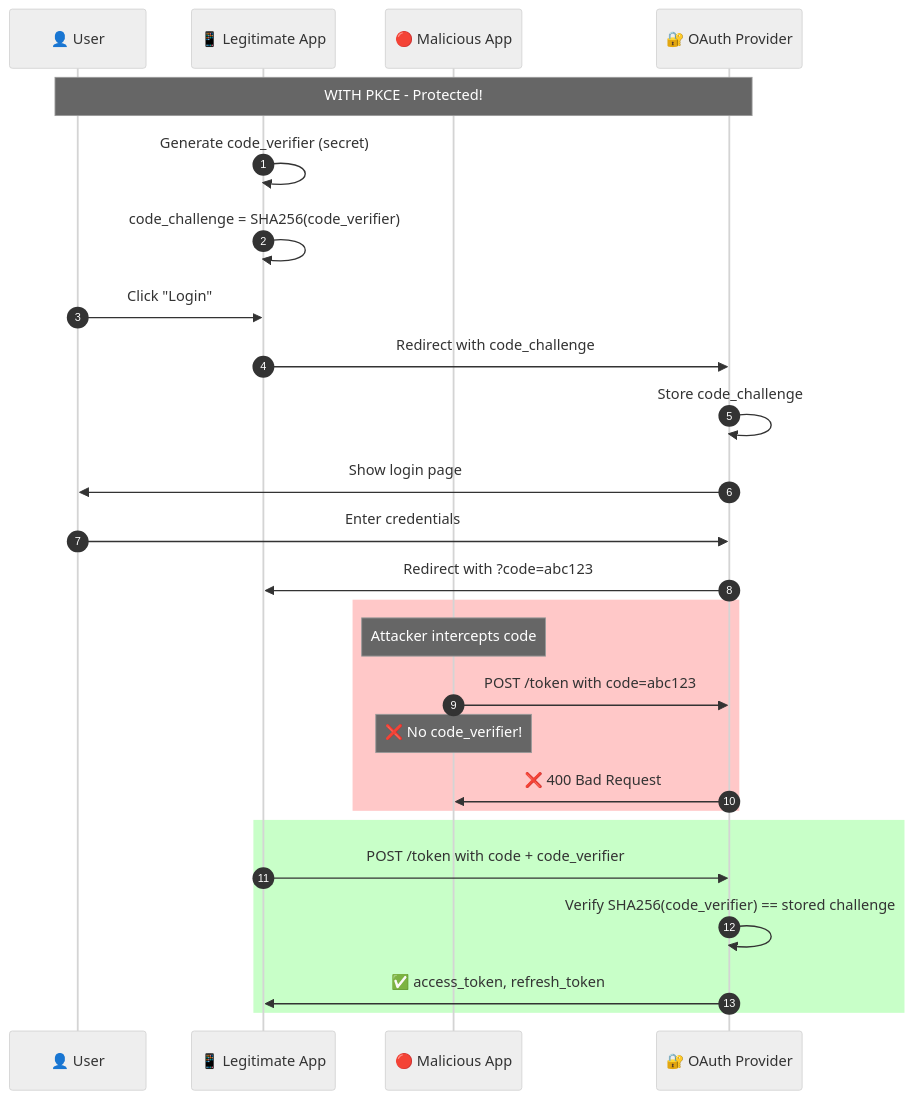
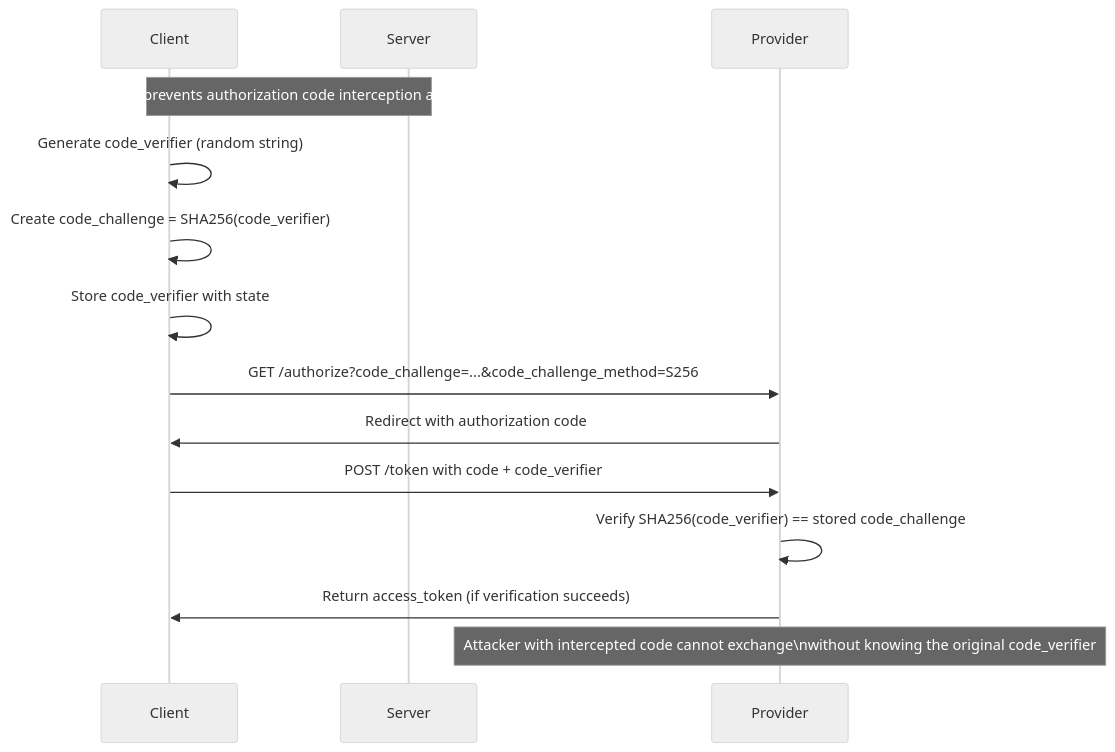
Before and after one commit to ArunN07/oidc_oauth2_implementation: the seventh of 17 diagrams in README.md, drawn with Mermaid (neutral theme). The commit also changed other lines of this file and 43 other files, not shown here.

````diff
--- a/README.md
+++ b/README.md
@@ -188,33 +867,21 @@
 ```mermaid
 sequenceDiagram
-    autonumber
-    participant User as 👤 User
-    participant App as 📱 Legitimate App
-    participant Attacker as 🔴 Malicious App
-    participant Provider as 🔐 OAuth Provider
+    participant C as Client
+    participant S as Server
+    participant P as Provider
 
-    Note over User,Provider: WITH PKCE - Protected!
-    
-    App->>App: Generate code_verifier (secret)
-    App->>App: code_challenge = SHA256(code_verifier)
-    
-    User->>App: Click "Login"
-    App->>Provider: Redirect with code_challenge
-    Provider->>Provider: Store code_challenge
-    Provider->>User: Show login page
-    User->>Provider: Enter credentials
-    Provider->>App: Redirect with ?code=abc123
-    
-    rect rgb(255, 200, 200)
-        Note over Attacker: Attacker intercepts code
-        Attacker->>Provider: POST /token with code=abc123
-        Note over Attacker: ❌ No code_verifier!
-        Provider->>Attacker: ❌ 400 Bad Request
-    end
-    
-    rect rgb(200, 255, 200)
-        App->>Provider: POST /token with code + code_verifier
-        Provider->>Provider: Verify SHA256(code_verifier) == stored challenge
-        Provider->>App: ✅ access_token, refresh_token
-    end
+    Note over C,S: PKCE prevents authorization code interception attacks
+
+    C->>C: Generate code_verifier (random string)
+    C->>C: Create code_challenge = SHA256(code_verifier)
+    C->>C: Store code_verifier with state
+
+    C->>P: GET /authorize?code_challenge=...&code_challenge_method=S256
+    P->>C: Redirect with authorization code
+
+    C->>P: POST /token with code + code_verifier
+    P->>P: Verify SHA256(code_verifier) == stored code_challenge
+    P->>C: Return access_token (if verification succeeds)
+
+    Note over P: Attacker with intercepted code cannot exchange\nwithout knowing the original code_verifier
 ```
````
